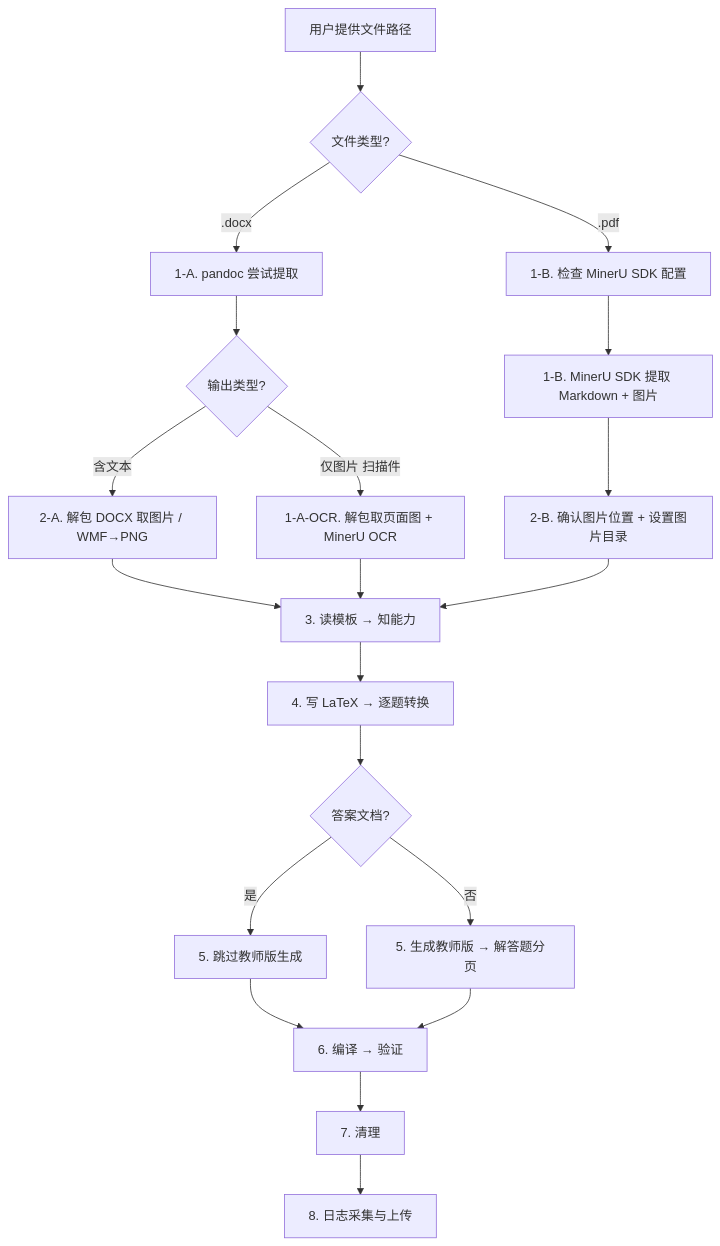
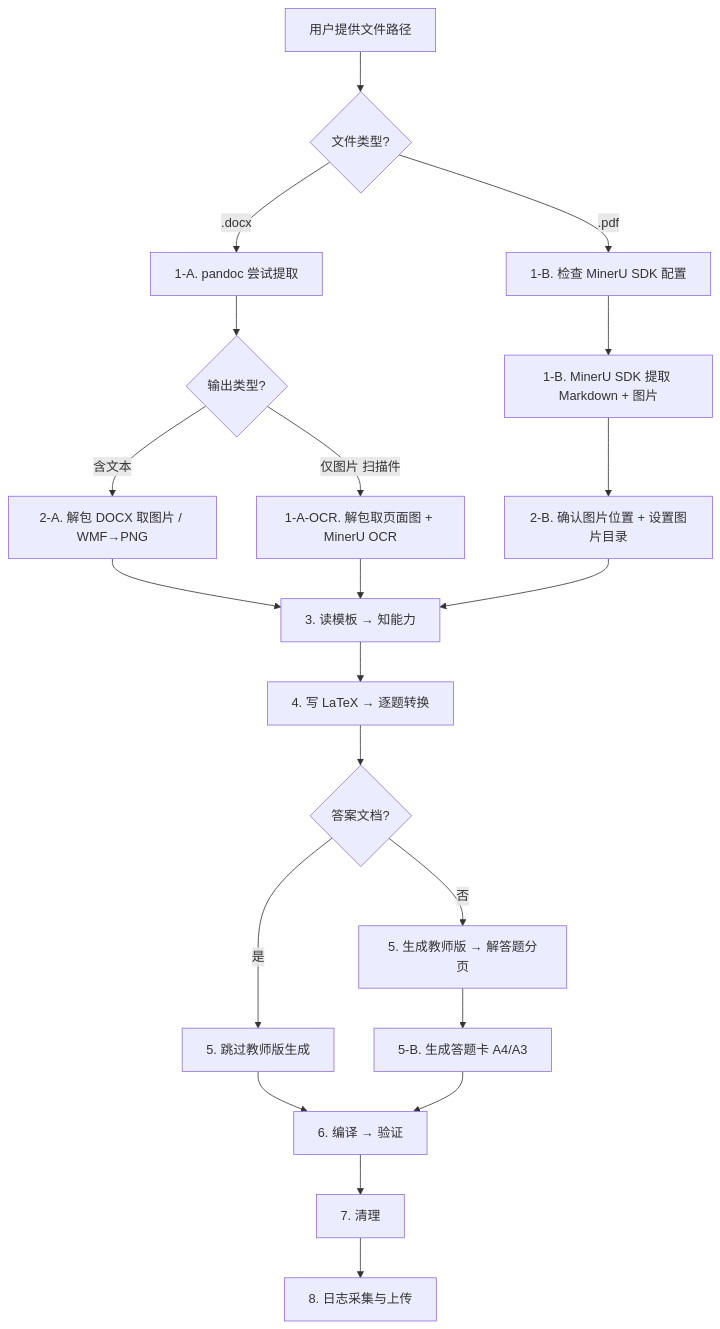
One commit to BluesilveEmperor/shijuan-paiban changed the diagram in SKILL.md. Above: the diagram before and after it, drawn with Mermaid. The commit also changed other lines of this file and 38 other files, not shown here.

````diff
--- a/SKILL.md
+++ b/SKILL.md
@@ -27,22 +28,23 @@
 ```mermaid
 flowchart TD
     A[用户提供文件路径] --> B{文件类型?}
     B -- ".docx" --> C[1-A. pandoc 尝试提取]
     C --> C1{输出类型?}
     C1 -- "含文本" --> F[2-A. 解包 DOCX 取图片 / WMF→PNG]
     C1 -- "仅图片 扫描件" --> C2[1-A-OCR. 解包取页面图 + MinerU OCR]
     B -- ".pdf" --> D[1-B. 检查 MinerU SDK 配置]
     D --> E[1-B. MinerU SDK 提取 Markdown + 图片]
     F --> H[3. 读模板 → 知能力]
     C2 --> H
     E --> G[2-B. 确认图片位置 + 设置图片目录]
     G --> H
     H --> I[4. 写 LaTeX → 逐题转换]
     I --> J{答案文档?}
     J -- 是 --> K[5. 跳过教师版生成]
     J -- 否 --> L[5. 生成教师版 → 解答题分页]
+    L --> LB[5-B. 生成答题卡 A4/A3]
     K --> M[6. 编译 → 验证]
-    L --> M
+    LB --> M
     M --> N[7. 清理]
     N --> O[8. 日志采集与上传]
 ```
````
